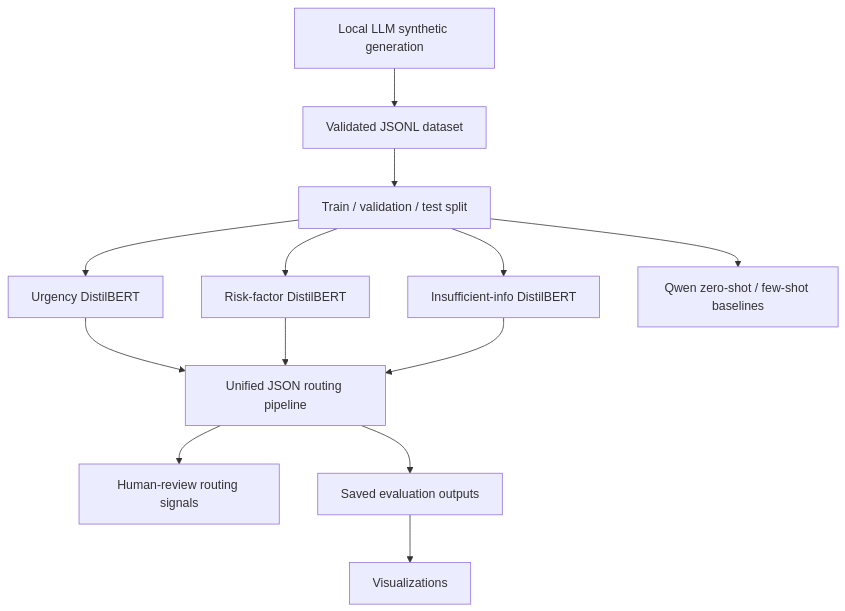
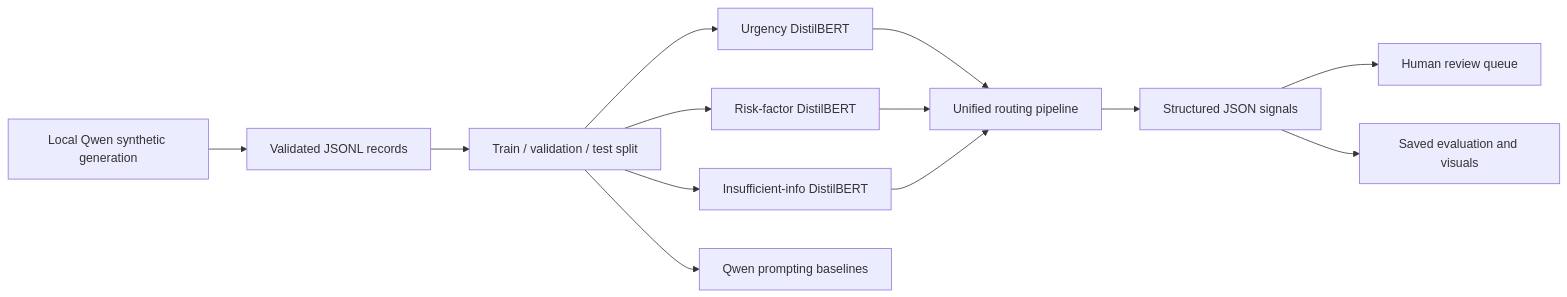
The diagram in README.md (Dor444/-LLM-triage-project), drawn with Mermaid before and after one commit. The commit also changed other lines of this file and 3 other files, not shown here.

````diff
--- a/README.md
+++ b/README.md
@@ -70,15 +103,15 @@
 ```mermaid
-flowchart TB
-    A["Local LLM synthetic generation"] --> B["Validated JSONL dataset"]
+flowchart LR
+    A["Local Qwen synthetic generation"] --> B["Validated JSONL records"]
     B --> C["Train / validation / test split"]
     C --> D1["Urgency DistilBERT"]
     C --> D2["Risk-factor DistilBERT"]
     C --> D3["Insufficient-info DistilBERT"]
-    C --> E["Qwen zero-shot / few-shot baselines"]
-    D1 --> F["Unified JSON routing pipeline"]
+    C --> E["Qwen prompting baselines"]
+    D1 --> F["Unified routing pipeline"]
     D2 --> F
     D3 --> F
-    F --> G["Human-review routing signals"]
-    F --> H["Saved evaluation outputs"]
-    H --> I["Visualizations"]
+    F --> G["Structured JSON signals"]
+    G --> H["Human review queue"]
+    G --> I["Saved evaluation and visuals"]
 ```
````
